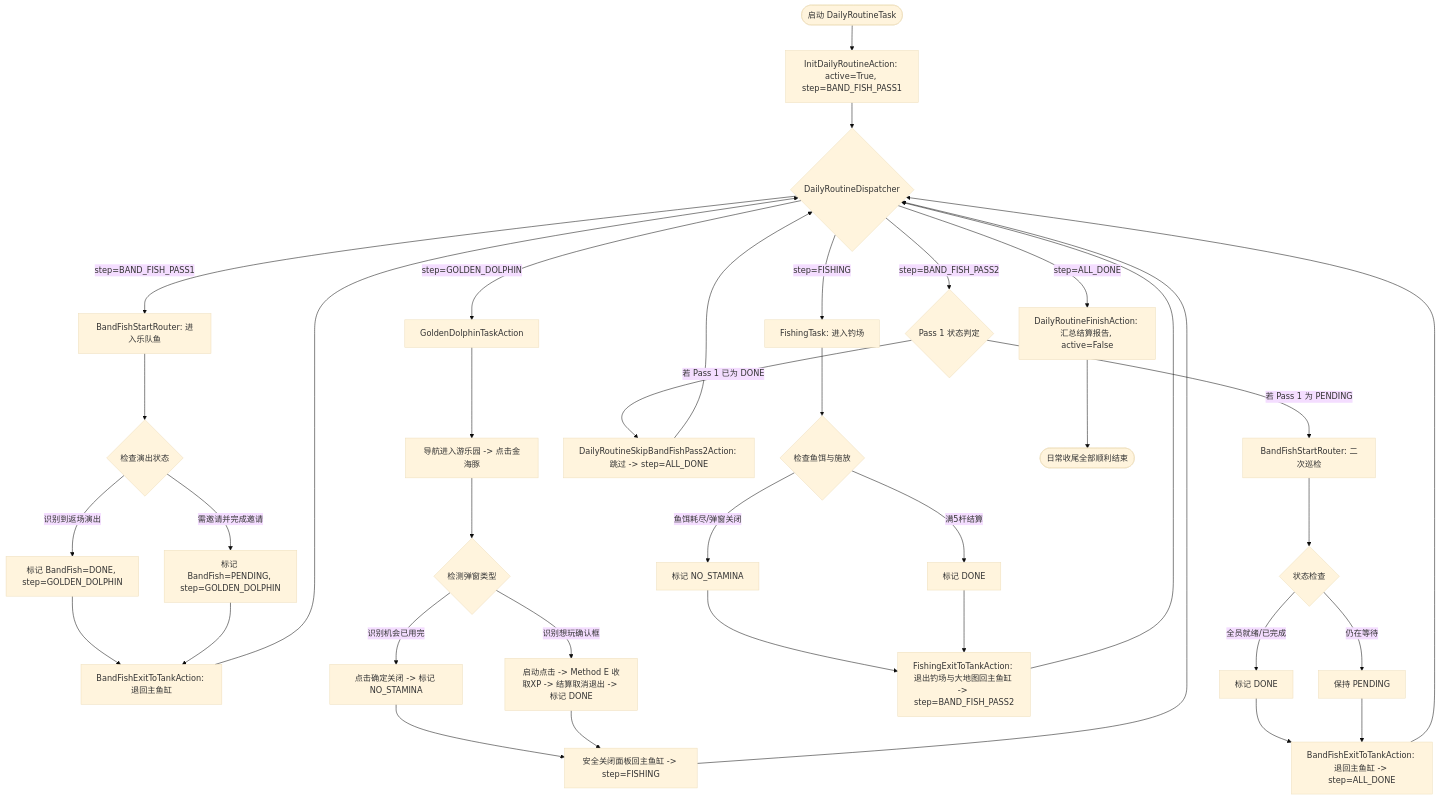
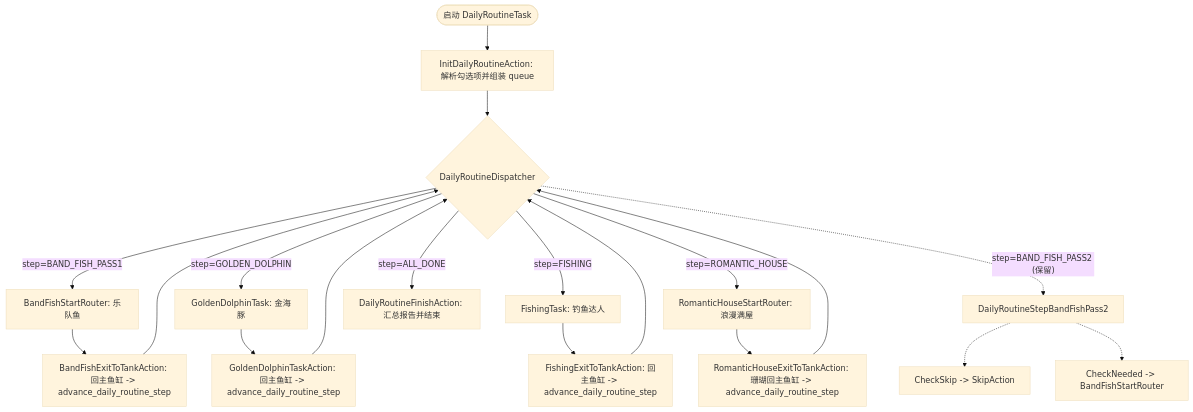
One commit to zhimaheiye/MaaHappyFish changed the diagram in docs/features/daily-routine.md. Above: the diagram before and after it, drawn with Mermaid (base theme). The commit also changed other lines of this file and 26 other files, not shown here.

````diff
--- a/docs/features/daily-routine.md
+++ b/docs/features/daily-routine.md
@@ -37,49 +46,28 @@
 ```mermaid
 flowchart TD
-    Start([启动 DailyRoutineTask]) --> Init[InitDailyRoutineAction: active=True, step=BAND_FISH_PASS1]
+    Start([启动 DailyRoutineTask]) --> Init[InitDailyRoutineAction: 解析勾选项并组装 queue]
     Init --> Dispatcher{DailyRoutineDispatcher}
 
-    %% Pass 1
-    Dispatcher -- step=BAND_FISH_PASS1 --> BandFishP1[BandFishStartRouter: 进入乐队鱼]
-    BandFishP1 --> BF_Check{检查演出状态}
-    BF_Check -- 识别到返场演出 --> BF_Done1[标记 BandFish=DONE, step=GOLDEN_DOLPHIN]
-    BF_Check -- 需邀请并完成邀请 --> BF_Pending1[标记 BandFish=PENDING, step=GOLDEN_DOLPHIN]
-    BF_Done1 --> BF_Exit1[BandFishExitToTankAction: 退回主鱼缸]
-    BF_Pending1 --> BF_Exit1
-    BF_Exit1 --> Dispatcher
+    %% 步骤分发
+    Dispatcher -- step=BAND_FISH_PASS1 --> BF[BandFishStartRouter: 乐队鱼]
+    Dispatcher -- step=GOLDEN_DOLPHIN --> GD[GoldenDolphinTask: 金海豚]
+    Dispatcher -- step=FISHING --> FI[FishingTask: 钓鱼达人]
+    Dispatcher -- step=ROMANTIC_HOUSE --> RH[RomanticHouseStartRouter: 浪漫满屋]
+    Dispatcher -- step=ALL_DONE --> Finish[DailyRoutineFinishAction: 汇总报告并结束]
 
-    %% Golden Dolphin
-    Dispatcher -- step=GOLDEN_DOLPHIN --> Dolphin[GoldenDolphinTaskAction]
-    Dolphin --> D_Nav[导航进入游乐园 -> 点击金海豚]
-    D_Nav --> D_Check{检测弹窗类型}
-    D_Check -- 识别机会已用完 --> D_Exhaust[点击确定关闭 -> 标记 NO_STAMINA]
-    D_Check -- 识别想玩确认框 --> D_Play[启动点击 -> Method E 收取XP -> 结算取消退出 -> 标记 DONE]
-    D_Exhaust --> D_Exit[安全关闭面板回主鱼缸 -> step=FISHING]
-    D_Play --> D_Exit
-    D_Exit --> Dispatcher
+    %% 退出与队列推进
+    BF --> BF_Exit[BandFishExitToTankAction: 回主鱼缸 -> advance_daily_routine_step]
+    GD --> GD_Exit[GoldenDolphinTaskAction: 回主鱼缸 -> advance_daily_routine_step]
+    FI --> FI_Exit[FishingExitToTankAction: 回主鱼缸 -> advance_daily_routine_step]
+    RH --> RH_Exit[RomanticHouseExitToTankAction: 珊瑚回主鱼缸 -> advance_daily_routine_step]
 
-    %% Fishing
-    Dispatcher -- step=FISHING --> Fishing[FishingTask: 进入钓场]
-    Fishing --> F_Check{检查鱼饵与施放}
-    F_Check -- 鱼饵耗尽/弹窗关闭 --> F_NoStamina[标记 NO_STAMINA]
-    F_Check -- 满5杆结算 --> F_Done[标记 DONE]
-    F_NoStamina --> F_Exit[FishingExitToTankAction: 退出钓场与大地图回主鱼缸 -> step=BAND_FISH_PASS2]
-    F_Done --> F_Exit
-    F_Exit --> Dispatcher
+    BF_Exit --> Dispatcher
+    GD_Exit --> Dispatcher
+    FI_Exit --> Dispatcher
+    RH_Exit --> Dispatcher
 
-    %% Pass 2
-    Dispatcher -- step=BAND_FISH_PASS2 --> P2_Branch{Pass 1 状态判定}
-    P2_Branch -- 若 Pass 1 已为 DONE --> P2_Skip[DailyRoutineSkipBandFishPass2Action: 跳过 -> step=ALL_DONE]
-    P2_Branch -- 若 Pass 1 为 PENDING --> P2_Run[BandFishStartRouter: 二次巡检]
-    P2_Run --> P2_Perform{状态检查}
-    P2_Perform -- 全员就绪/已完成 --> P2_BF_Done[标记 DONE]
-    P2_Perform -- 仍在等待 --> P2_BF_Wait[保持 PENDING]
-    P2_BF_Done --> P2_Exit[BandFishExitToTankAction: 退回主鱼缸 -> step=ALL_DONE]
-    P2_BF_Wait --> P2_Exit
-    P2_Skip --> Dispatcher
-    P2_Exit --> Dispatcher
-
-    %% Finish
-    Dispatcher -- step=ALL_DONE --> Finish[DailyRoutineFinishAction: 汇总结算报告, active=False]
-    Finish --> End([日常收尾全部顺利结束])
+    %% 保留的两阶段拓扑 (Pass 2)
+    Dispatcher -. step=BAND_FISH_PASS2 (保留) .-> P2[DailyRoutineStepBandFishPass2]
+    P2 -.-> P2_Skip[CheckSkip -> SkipAction]
+    P2 -.-> P2_Run[CheckNeeded -> BandFishStartRouter]
 ```
````
